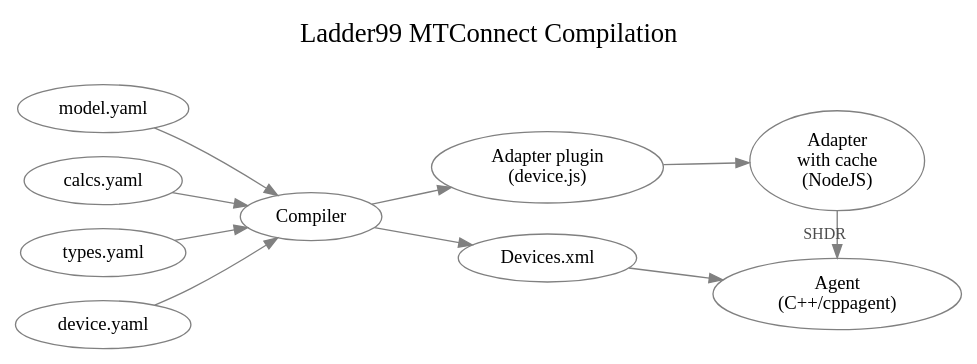
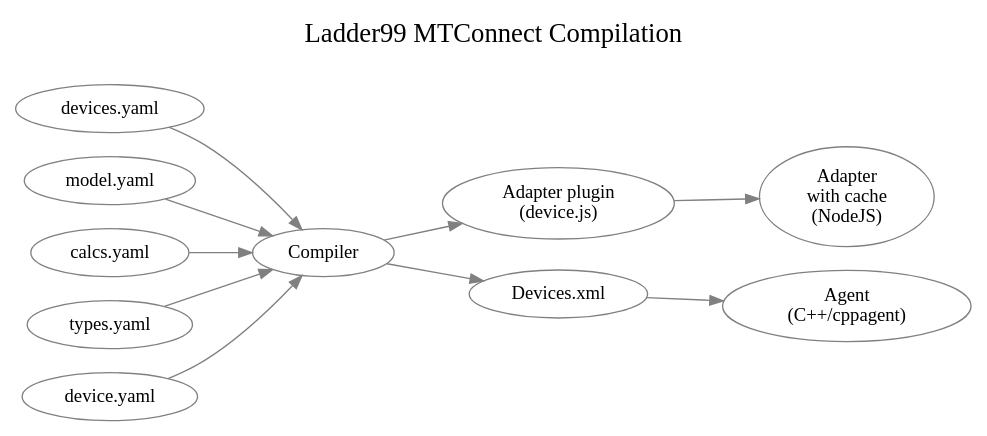
Before and after one commit to Ladder99/ladder99: the diagram in design/compilation.dot, drawn with Graphviz. The commit also changed 2 other files, not shown here.

```diff
--- a/design/compilation.dot
+++ b/design/compilation.dot
@@ -1,57 +1,56 @@
 digraph "ladder99-compilation" {
 
   // styles
   graph [ label="Ladder99 MTConnect Compilation\n "; color=lightgray; ];
   graph [ fontsize=20 ];
   graph [ labelloc=t ];
   // graph [ ranksep=0.2 ];
   // graph [ nodesep=0.35 ];
   graph [ rankdir=LR; ] // left-to-right
   node [ color=gray; fillcolor=white; style=filled ];
   edge [ color=gray ];
   edge [ fontsize=12; fontcolor=gray30; ];
 
   // nodes
   // DeviceSheet [ label="device.gsheet" ];
+  DevicesYaml [ label="devices.yaml" ];
   ModelYaml [ label="model.yaml" ];
   CalcsYaml [ label="calcs.yaml" ];
   TypesYaml [ label="types.yaml" ];
   DeviceYaml [ label="device.yaml" ];
   // DevicesYaml [ label="Devices.yaml\n(structure)" ];
 
   Compiler [ label="Compiler" ];
 
   DeviceJs [ label="Adapter plugin\n(device.js)" ];
   DevicesXml [ label="Devices.xml" ];
 
   Adapter [ label="Adapter\nwith cache\n(NodeJS)" ];
   Agent [ label="Agent\n(C++/cppagent)" ];
 
   // edges
   // DeviceSheet -> Compiler;
+  DevicesYaml -> Compiler;
   ModelYaml -> Compiler;
   CalcsYaml -> Compiler;
   TypesYaml -> Compiler;
   DeviceYaml -> Compiler;
   // DevicesYaml -> Compiler;
-
   Compiler -> DeviceJs;
   Compiler -> DevicesXml;
-
   DeviceJs -> Adapter;
   DevicesXml -> Agent;
-
-  Adapter -> Agent [ label="SHDR" ];
+  // Adapter -> Agent [ label="SHDR" ];
 
   // ModelYaml -> DeviceYaml [ label="structures" ];
   // DeviceSheet -> ModelYaml [ label="feeds into" ];
   // DeviceYaml -> DeviceJs [ label="helps generate" ];
   // DeviceJs -> Adapter [ label="plugs into" ];
   // DeviceYaml -> DevicesXml [ label="feeds into" ];
   // Adapter -> Agent [ label="SHDR/\nTCP 7878" ];
   // DevicesYaml -> DevicesXml [ label="structures" ];
   // DevicesXml -> Agent [ label="used by" ];
 
   // rank
   { rank=same; Adapter Agent };
 }
```
